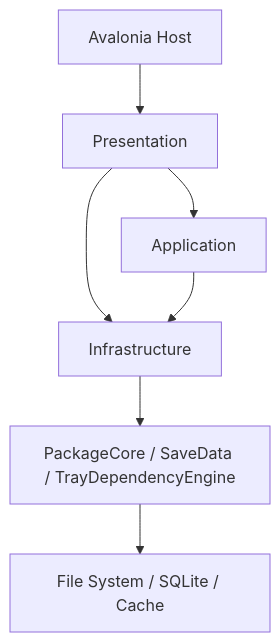
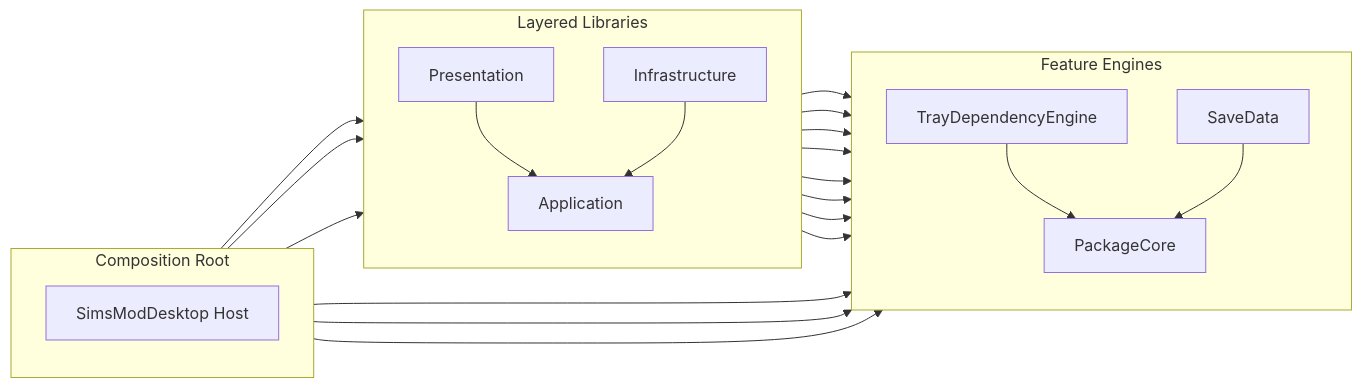
One commit to Azvf/SimsToolkit changed the diagram in README.md. Above: the diagram before and after it, drawn with Mermaid. The commit also changed other lines of this file and 7 other files, not shown here.

Commit message:
docs: align architecture docs and simplify mermaid charts

````diff
--- a/README.md
+++ b/README.md
@@ -59,9 +66,44 @@
 ```mermaid
-graph TD
-    UI["Avalonia Host"] --> PRES["Presentation"]
-    PRES --> APP["Application"]
-    PRES --> INFRA["Infrastructure"]
-    INFRA --> CORE["PackageCore / SaveData / TrayDependencyEngine"]
-    APP --> INFRA
-    CORE --> FS["File System / SQLite / Cache"]
+flowchart LR
+    subgraph Root["Composition Root"]
+        direction TB
+        Host["SimsModDesktop Host"]
+    end
+
+    subgraph Layers["Layered Libraries"]
+        direction TB
+        Pres["Presentation"]
+        App["Application"]
+        Infra["Infrastructure"]
+    end
+
+    subgraph Engines["Feature Engines"]
+        direction TB
+        Tray["TrayDependencyEngine"]
+        Save["SaveData"]
+        Core["PackageCore"]
+    end
+
+    Host --> Pres
+    Host --> App
+    Host --> Infra
+    Host --> Tray
+    Host --> Save
+    Host --> Core
+
+    Pres --> App
+    Pres --> Tray
+    Pres --> Save
+
+    App --> Tray
+    App --> Save
+    App --> Core
+
+    Infra --> App
+    Infra --> Tray
+    Infra --> Save
+    Infra --> Core
+
+    Tray --> Core
+    Save --> Core
 ```
````
